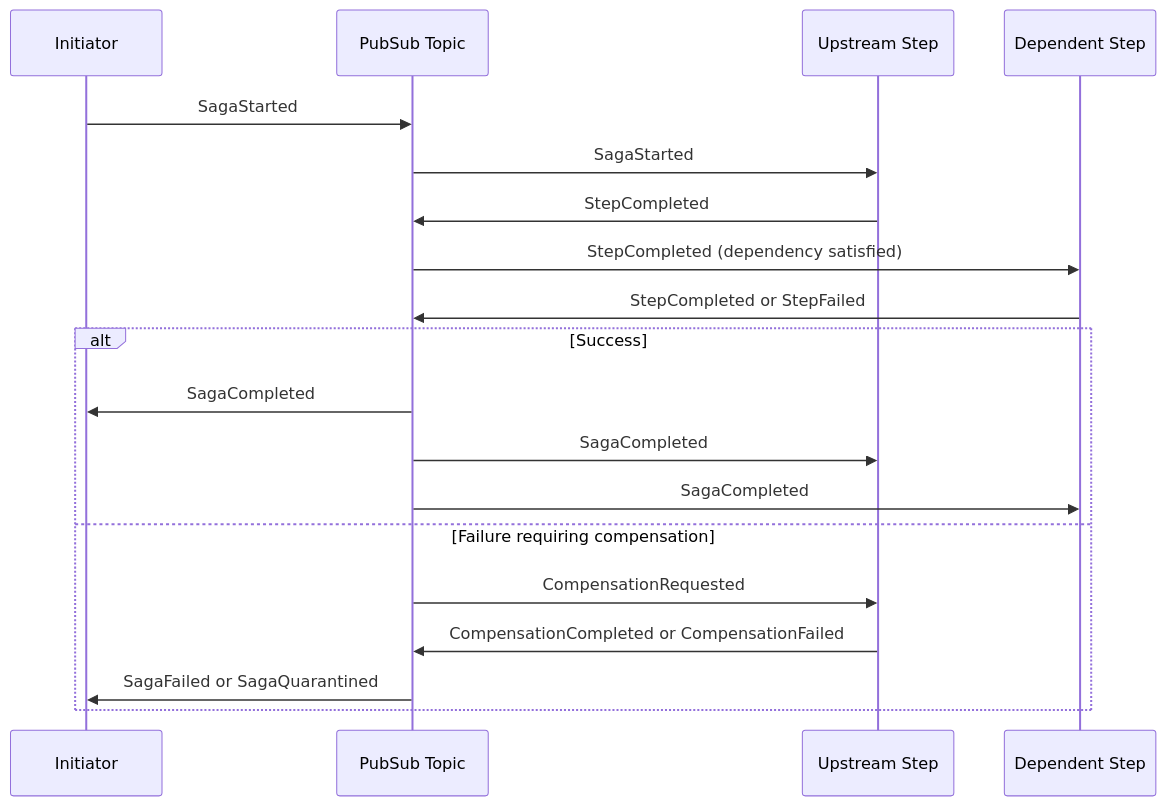
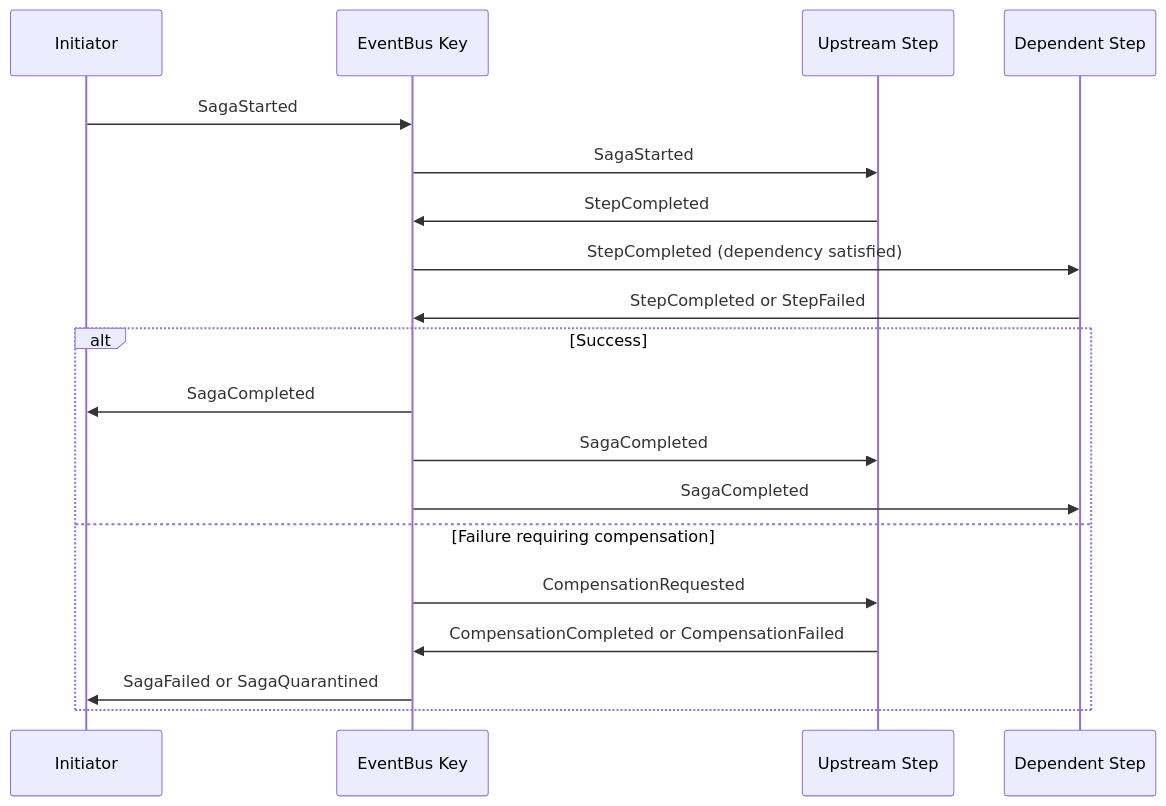
The third of 3 diagrams in docs/architecture.md (moofone/icanact-saga-choreography), drawn with Mermaid before and after one commit. The commit also changed other lines of this file and 2 other files, not shown here.

Commit message:
Rename saga bus docs to event bus

````diff
--- a/docs/architecture.md
+++ b/docs/architecture.md
@@ -70,23 +70,23 @@
 ```mermaid
 sequenceDiagram
     participant I as Initiator
-    participant T as PubSub Topic
+    participant T as EventBus Key
     participant A as Upstream Step
     participant B as Dependent Step
 
     I->>T: SagaStarted
     T->>A: SagaStarted
     A->>T: StepCompleted
     T->>B: StepCompleted (dependency satisfied)
     B->>T: StepCompleted or StepFailed
 
     alt Success
         T->>I: SagaCompleted
         T->>A: SagaCompleted
         T->>B: SagaCompleted
     else Failure requiring compensation
         T->>A: CompensationRequested
         A->>T: CompensationCompleted or CompensationFailed
         T->>I: SagaFailed or SagaQuarantined
     end
 ```
````
